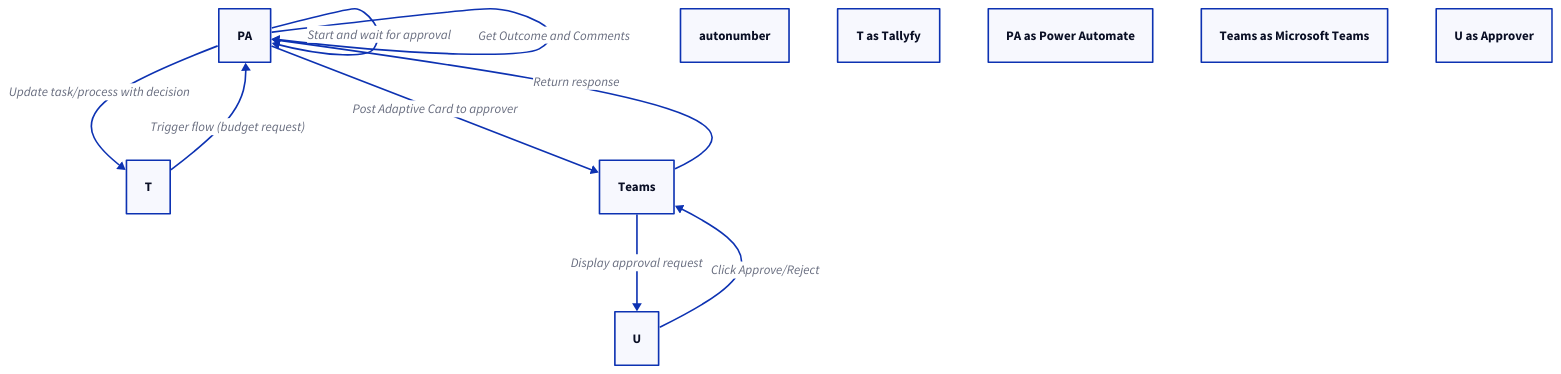
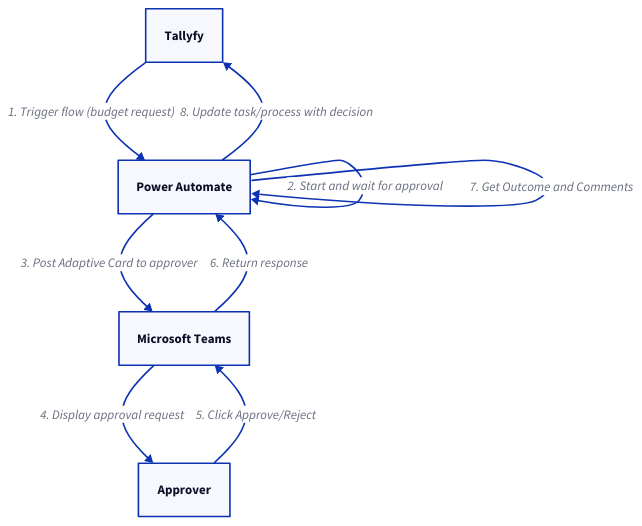
Before and after one commit to tallyfy/documentation: the diagram in src/content/docs/pro/integrations/middleware/power-automate/integrating-power-automate-approvals-with-microsoft-teams.mdx, drawn with D2. The commit also changed 26 other files, not shown here.

````diff
--- a/src/content/docs/pro/integrations/middleware/power-automate/integrating-power-automate-approvals-with-microsoft-teams.mdx
+++ b/src/content/docs/pro/integrations/middleware/power-automate/integrating-power-automate-approvals-with-microsoft-teams.mdx
@@ -83,22 +83,18 @@
 ```d2
-PA: "PA"
-T: "T"
-Teams: "Teams"
-U: "U"
-autonumber
-T as Tallyfy
-PA as Power Automate
-Teams as Microsoft Teams
-U as Approver
-# Note over T,U: Budget Approval Request Flow
-T -> PA: Trigger flow (budget request)
-PA -> PA: Start and wait for approval
-PA -> Teams: Post Adaptive Card to approver
-Teams -> U: Display approval request
-# Note over PA: Flow paused waiting for response
-U -> Teams: Click Approve/Reject
-Teams -> PA: Return response
-PA -> PA: Get Outcome and Comments
-PA -> T: Update task/process with decision
-# Note over T: Process continues based on approval
+T: "Tallyfy"
+PA: "Power Automate"
+Teams: "Microsoft Teams"
+U: "Approver"
+
+# Budget Approval Request Flow
+T -> PA: "1. Trigger flow (budget request)"
+PA -> PA: "2. Start and wait for approval"
+PA -> Teams: "3. Post Adaptive Card to approver"
+Teams -> U: "4. Display approval request"
+# Flow paused waiting for response
+U -> Teams: "5. Click Approve/Reject"
+Teams -> PA: "6. Return response"
+PA -> PA: "7. Get Outcome and Comments"
+PA -> T: "8. Update task/process with decision"
+# Process continues based on approval
 ```
````
